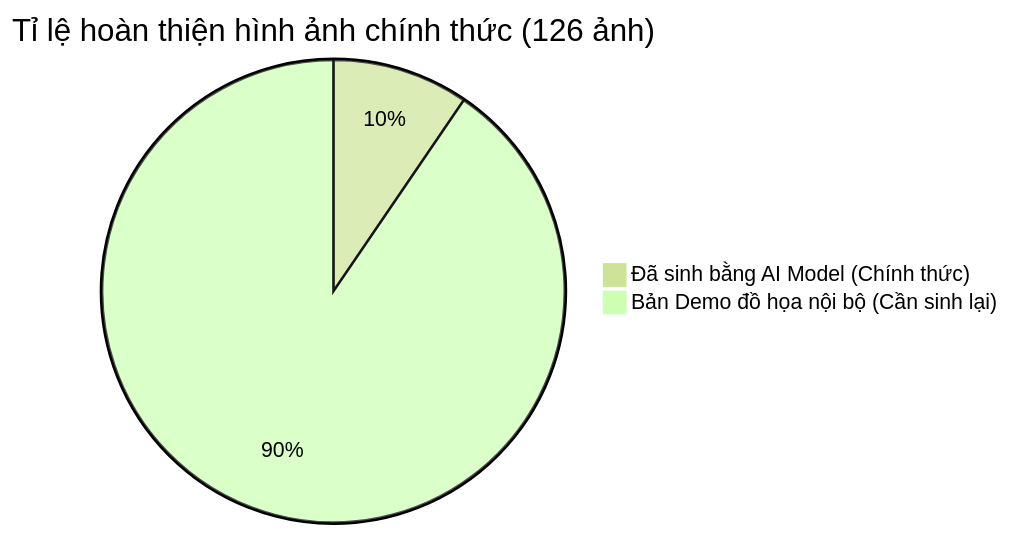
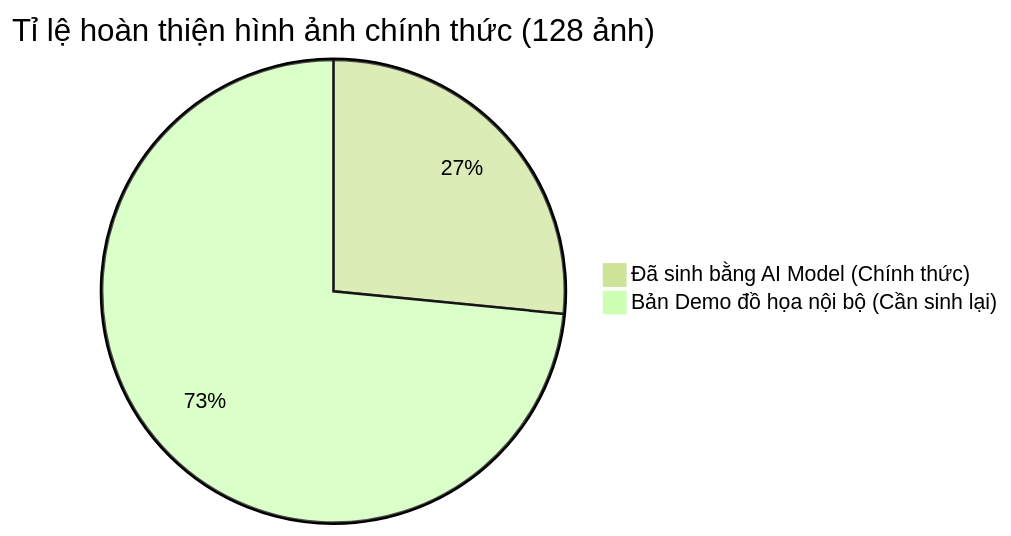
Before and after one commit to luonghuy0406/phaan: the diagram in authoring/IMAGE_GENERATION_TRACKER.md, drawn with Mermaid (forest theme). The commit also changed other lines of this file and 65 other files, not shown here.

First line of the commit message:
Vẽ lại ảnh tư liệu bằng code cho 7 hồ sơ

````diff
--- a/authoring/IMAGE_GENERATION_TRACKER.md
+++ b/authoring/IMAGE_GENERATION_TRACKER.md
@@ -15,5 +15,5 @@
 ```mermaid
-pie title Tỉ lệ hoàn thiện hình ảnh chính thức (126 ảnh)
-    "Đã sinh bằng AI Model (Chính thức)" : 12
-    "Bản Demo đồ họa nội bộ (Cần sinh lại)" : 114
+pie title Tỉ lệ hoàn thiện hình ảnh chính thức (128 ảnh)
+    "Đã sinh bằng AI Model (Chính thức)" : 34
+    "Bản Demo đồ họa nội bộ (Cần sinh lại)" : 94
 ```
````
